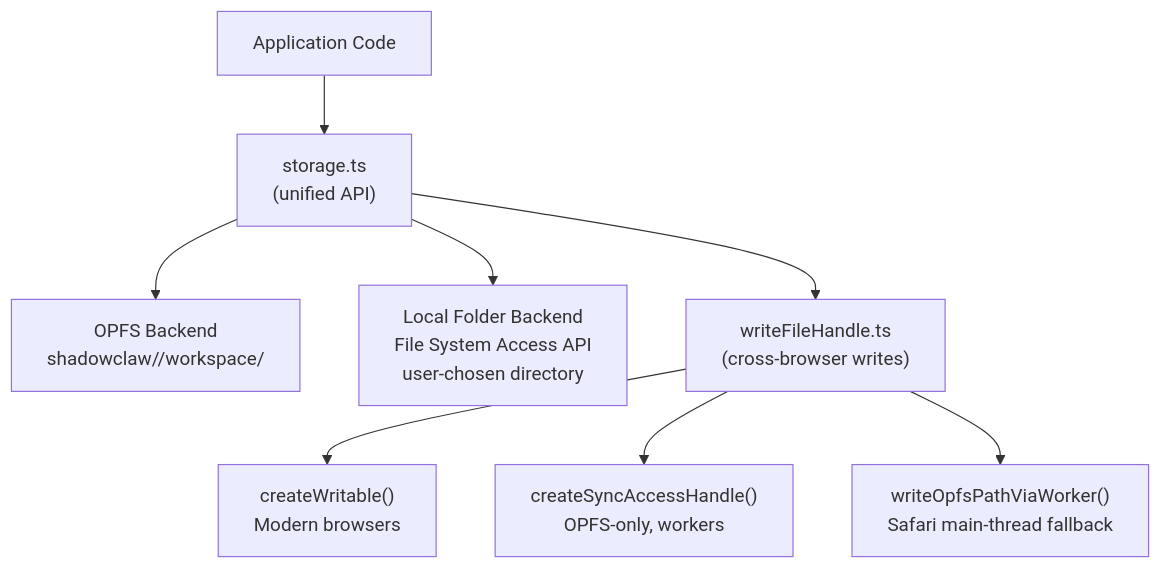
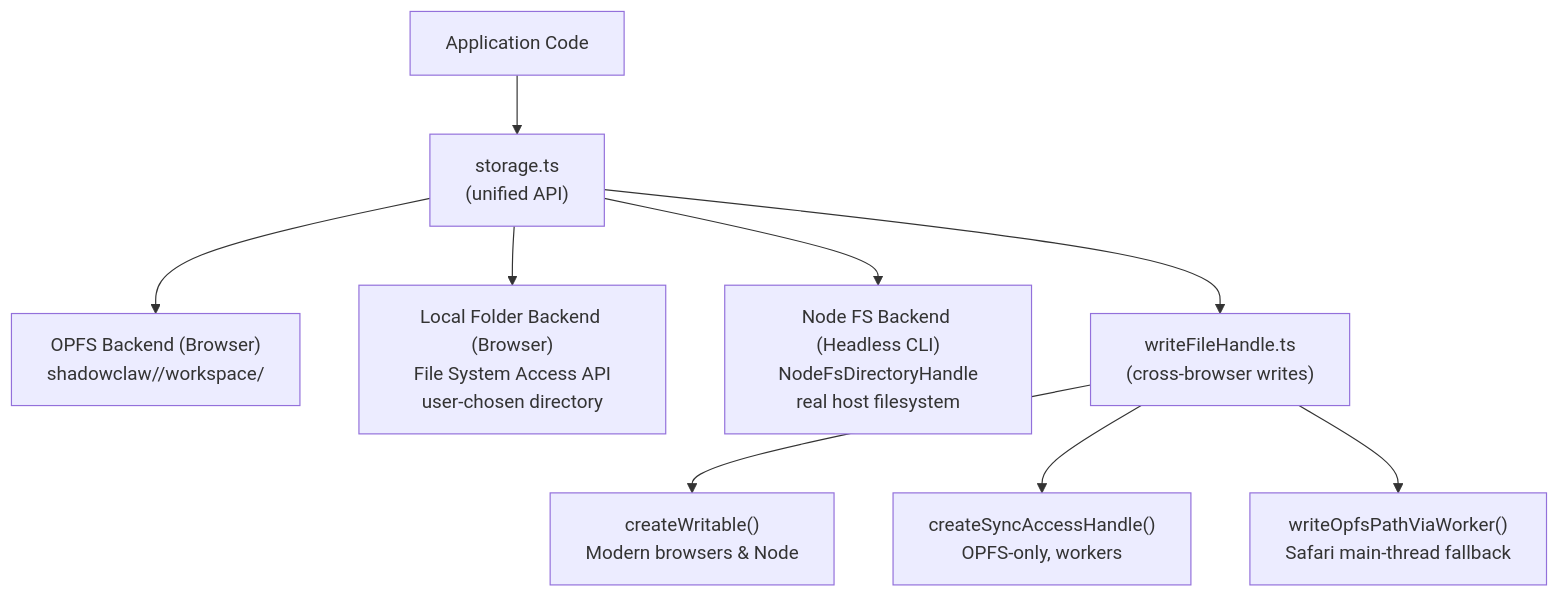
One commit to xt-ml/shadow-claw changed the first of 2 diagrams in docs/architecture/storage.md. Above: the diagram before and after it, drawn with Mermaid. The commit also changed other lines of this file and 117 other files, not shown here.

First line of the commit message:
Add headless CLI agent participant

````diff
--- a/docs/architecture/storage.md
+++ b/docs/architecture/storage.md
@@ -10,10 +9,11 @@
 ```mermaid
 graph TD
   App[Application Code] --> StorageAPI["storage.ts<br>(unified API)"]
-  StorageAPI --> OPFS["OPFS Backend<br>shadowclaw/<groupId>/workspace/"]
-  StorageAPI --> LocalFS["Local Folder Backend<br>File System Access API<br>user-chosen directory"]
+  StorageAPI --> OPFS["OPFS Backend (Browser)<br>shadowclaw/<groupId>/workspace/"]
+  StorageAPI --> LocalFS["Local Folder Backend (Browser)<br>File System Access API<br>user-chosen directory"]
+  StorageAPI --> NodeFS["Node FS Backend (Headless CLI)<br>NodeFsDirectoryHandle<br>real host filesystem"]
   StorageAPI --> WritePath["writeFileHandle.ts<br>(cross-browser writes)"]
-  WritePath --> Standard["createWritable()<br>Modern browsers"]
+  WritePath --> Standard["createWritable()<br>Modern browsers & Node"]
   WritePath --> Sync["createSyncAccessHandle()<br>OPFS-only, workers"]
   WritePath --> WorkerFB["writeOpfsPathViaWorker()<br>Safari main-thread fallback"]
 ```
````
